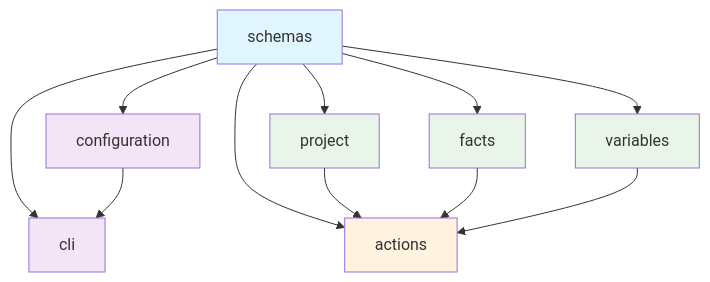
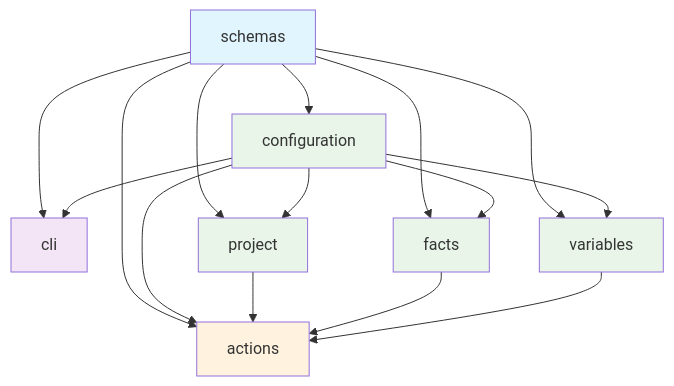
One commit to snassar/spooky changed the second of 2 diagrams in docs/design/spooky-design.md. Above: the diagram before and after it, drawn with Mermaid. The commit also changed other lines of this file and 9 other files, not shown here.

````diff
--- a/docs/design/spooky-design.md
+++ b/docs/design/spooky-design.md
@@ -102,21 +123,25 @@
 ```mermaid
 graph TD
     A[schemas] --> B[cli]
     A --> C[configuration]
     A --> D[project]
     A --> E[facts]
     A --> F[variables]
     A --> G[actions]
     C --> B
+    C --> D
+    C --> E
+    C --> F
+    C --> G
     D --> G
     E --> G
     F --> G
     
     style A fill:#e1f5fe
     style B fill:#f3e5f5
-    style C fill:#f3e5f5
+    style C fill:#e8f5e8
     style D fill:#e8f5e8
     style E fill:#e8f5e8
     style F fill:#e8f5e8
     style G fill:#fff3e0
 ```
````
